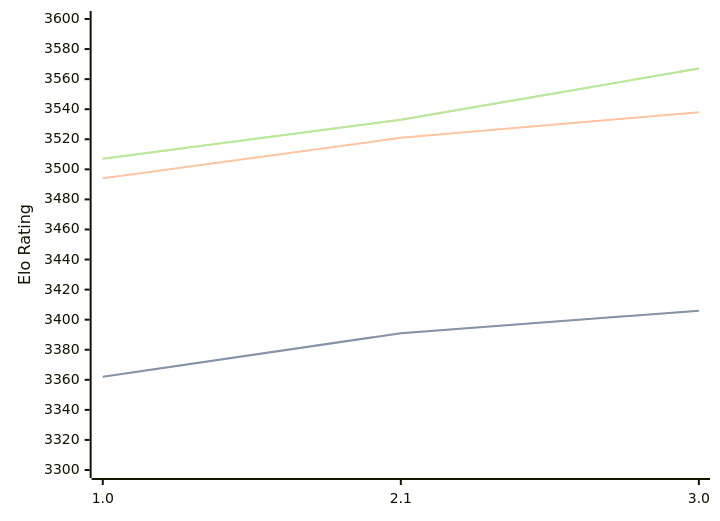
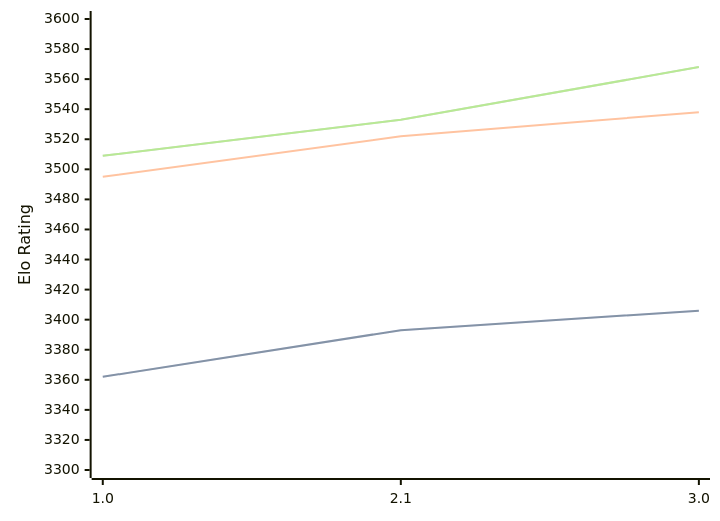
One commit to computer-chess-index/cci changed the diagram in engines/Hobbes.md. Above: the diagram before and after it, drawn with Mermaid. The commit also changed other lines of this file, not shown here.

Commit message:
Update CCI Ratings (ELO VLTC) - 2026-07-31

````diff
--- a/engines/Hobbes.md
+++ b/engines/Hobbes.md
@@ -34,11 +34,11 @@
 ```mermaid
 %%{init: {"theme":"base","themeVariables":{"seriesColors:['#a3a3a3','#222221','#faa371']}}}%%
 xychart-beta
   x-axis ["1.0", "2.1", "3.0"]
   y-axis "Elo Rating" 3300 --> 3600
-  line "STC (8.0+0.08s)" [3362, 3391, 3406]
-  line "STC (8.0+0.08s)" [3362, 3391, 3406]
-  line "LTC (60.0+0.60s)" [3494, 3521, 3538]
-  line "VLTC (2m24s+1.12s)" [3507, 3533, 3567]
-  line "VLTC (2m24s+1.12s)" [3507, 3533, 3567]
+  line "STC (8.0+0.08s)" [3362, 3393, 3406]
+  line "STC (8.0+0.08s)" [3362, 3393, 3406]
+  line "LTC (60.0+0.60s)" [3495, 3522, 3538]
+  line "VLTC (2m24s+1.12s)" [3509, 3533, 3568]
+  line "VLTC (2m24s+1.12s)" [3509, 3533, 3568]
 ```
````
